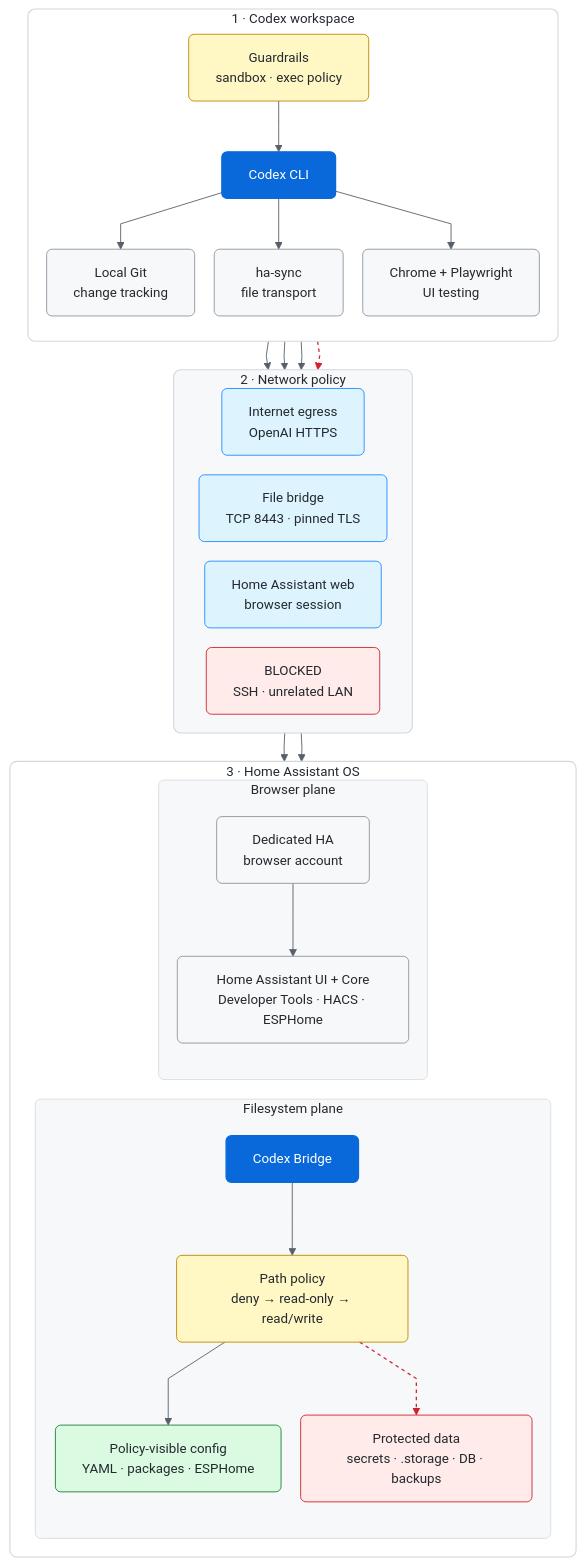
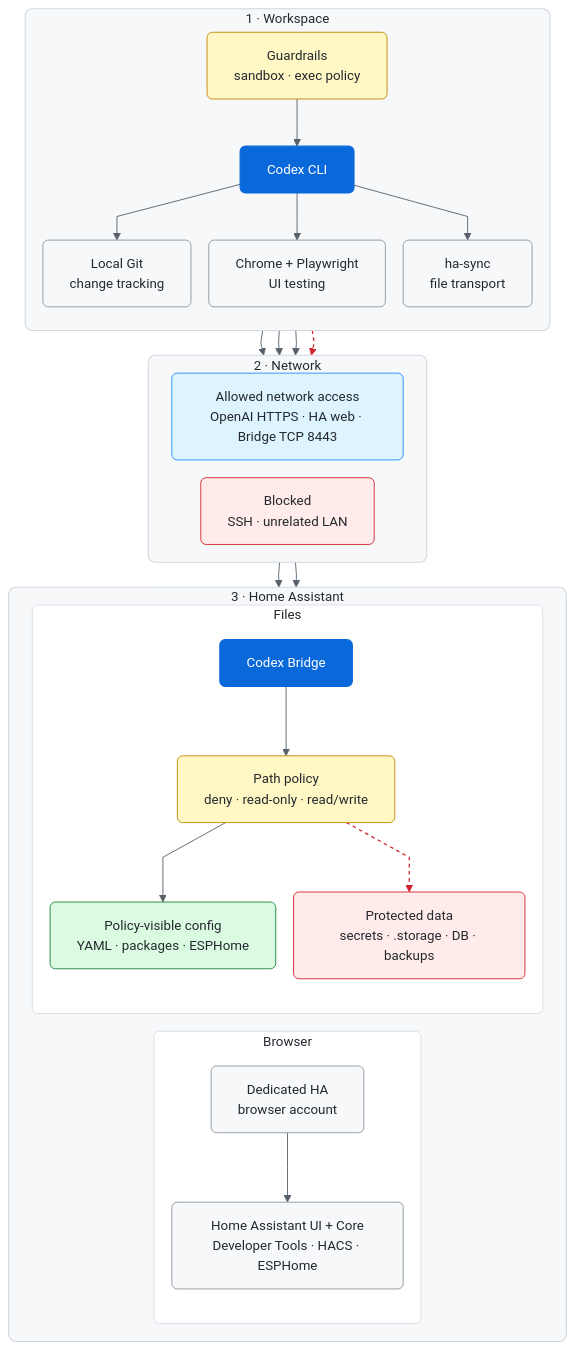
One commit to DreamMakers2/home-assistant-codex-bridge changed the diagram in README.md. Above: the diagram before and after it, drawn with Mermaid.

Commit message:
Refine Mermaid architecture layout

````diff
--- a/README.md
+++ b/README.md
@@ -39,75 +39,75 @@
 ```mermaid
-%%{init: {"theme":"base","flowchart":{"curve":"linear","htmlLabels":true,"nodeSpacing":22,"rankSpacing":32,"diagramPadding":10},"themeVariables":{"fontFamily":"-apple-system, BlinkMacSystemFont, Segoe UI, Helvetica, Arial, sans-serif","fontSize":"15px","background":"#ffffff","primaryTextColor":"#24292f","secondaryTextColor":"#24292f","tertiaryTextColor":"#24292f","textColor":"#24292f","titleColor":"#24292f","lineColor":"#57606a","clusterBkg":"#ffffff","clusterBorder":"#d0d7de","edgeLabelBackground":"#ffffff"},"themeCSS":".cluster-label span{color:#24292f!important;font-weight:650!important}.cluster-label text{fill:#24292f!important;font-weight:650!important}"}}%%
+%%{init: {"theme":"base","flowchart":{"curve":"linear","htmlLabels":true,"nodeSpacing":20,"rankSpacing":28,"diagramPadding":12},"themeVariables":{"fontFamily":"-apple-system, BlinkMacSystemFont, Segoe UI, Helvetica, Arial, sans-serif","fontSize":"15px","background":"#ffffff","primaryTextColor":"#24292f","secondaryTextColor":"#24292f","tertiaryTextColor":"#24292f","textColor":"#24292f","titleColor":"#24292f","lineColor":"#57606a","clusterBkg":"#f6f8fa","clusterBorder":"#d0d7de","edgeLabelBackground":"#ffffff"},"themeCSS":".cluster-label span{color:#24292f!important;font-weight:700!important}.cluster-label text{fill:#24292f!important;font-weight:700!important}"}}%%
 flowchart TB
-    subgraph VM["1 · Codex workspace"]
+    subgraph VM["1 · Workspace"]
         direction TB
         Guard["Guardrails<br/>sandbox · exec policy"]
         Codex["Codex CLI"]
         Git["Local Git<br/>change tracking"]
+        Browser["Chrome + Playwright<br/>UI testing"]
         Sync["ha-sync<br/>file transport"]
-        Browser["Chrome + Playwright<br/>UI testing"]
 
         Guard --> Codex
         Codex --> Git
+        Codex --> Browser
         Codex --> Sync
-        Codex --> Browser
     end
 
-    subgraph NET["2 · Network policy"]
+    subgraph NET["2 · Network"]
         direction LR
-        Egress["Internet egress<br/>OpenAI HTTPS"]
-        BridgePath["File bridge<br/>TCP 8443 · pinned TLS"]
-        UiPath["Home Assistant web<br/>browser session"]
-        DenyNet["BLOCKED<br/>SSH · unrelated LAN"]
+        AllowedNet["Allowed network access<br/>OpenAI HTTPS · HA web · Bridge TCP 8443"]
+        Blocked["Blocked<br/>SSH · unrelated LAN"]
     end
 
-    subgraph HA["3 · Home Assistant OS"]
+    subgraph HA["3 · Home Assistant"]
         direction LR
 
-        subgraph FS["Filesystem plane"]
+        subgraph UI["Browser"]
+            direction TB
+            Account["Dedicated HA<br/>browser account"]
+            Services["Home Assistant UI + Core<br/>Developer Tools · HACS · ESPHome"]
+            Account --> Services
+        end
+
+        subgraph FS["Files"]
             direction TB
             Bridge["Codex Bridge"]
-            Policy["Path policy<br/>deny → read-only → read/write"]
+            Policy["Path policy<br/>deny · read-only · read/write"]
             Approved["Policy-visible config<br/>YAML · packages · ESPHome"]
             Protected["Protected data<br/>secrets · .storage · DB · backups"]
 
             Bridge --> Policy
             Policy --> Approved
             Policy -.-> Protected
         end
-
-        subgraph UI["Browser plane"]
-            direction TB
-            Account["Dedicated HA<br/>browser account"]
-            Services["Home Assistant UI + Core<br/>Developer Tools · HACS · ESPHome"]
-            Account --> Services
-        end
     end
 
-    Codex --> Egress
-    Sync --> BridgePath --> Bridge
-    Browser --> UiPath --> Account
-    Codex -.-> DenyNet
+    Codex --> AllowedNet
+    Browser --> AllowedNet
+    Sync --> AllowedNet
+    AllowedNet --> Account
+    AllowedNet --> Bridge
+    Codex -.-> Blocked
 
     classDef primary fill:#0969da,stroke:#0969da,color:#ffffff,stroke-width:1.4px,rx:6px,ry:6px;
     classDef neutral fill:#f6f8fa,stroke:#8c959f,color:#24292f,stroke-width:1px,rx:6px,ry:6px;
     classDef control fill:#fff8c5,stroke:#bf8700,color:#24292f,stroke-width:1px,rx:6px,ry:6px;
     classDef allow fill:#dafbe1,stroke:#1a7f37,color:#24292f,stroke-width:1px,rx:6px,ry:6px;
     classDef deny fill:#ffebe9,stroke:#cf222e,color:#24292f,stroke-width:1px,rx:6px,ry:6px;
     classDef network fill:#ddf4ff,stroke:#218bff,color:#24292f,stroke-width:1px,rx:6px,ry:6px;
 
     class Codex,Bridge primary;
-    class Git,Sync,Browser,Account,Services neutral;
+    class Git,Browser,Sync,Account,Services neutral;
     class Guard,Policy control;
     class Approved allow;
-    class Protected,DenyNet deny;
-    class Egress,BridgePath,UiPath network;
+    class Protected,Blocked deny;
+    class AllowedNet network;
 
-    linkStyle 6,13 stroke:#cf222e,stroke-width:1.4px,stroke-dasharray:4 4;
+    linkStyle 7,13 stroke:#cf222e,stroke-width:1.4px,stroke-dasharray:4 4;
 
-    style VM fill:#ffffff,stroke:#d0d7de,stroke-width:1.2px,rx:8px,ry:8px
+    style VM fill:#f6f8fa,stroke:#d0d7de,stroke-width:1.2px,rx:8px,ry:8px
     style NET fill:#f6f8fa,stroke:#d0d7de,stroke-width:1.2px,rx:8px,ry:8px
-    style HA fill:#ffffff,stroke:#d0d7de,stroke-width:1.2px,rx:8px,ry:8px
-    style FS fill:#f6f8fa,stroke:#d8dee4,stroke-width:1px,rx:6px,ry:6px
-    style UI fill:#f6f8fa,stroke:#d8dee4,stroke-width:1px,rx:6px,ry:6px
+    style HA fill:#f6f8fa,stroke:#d0d7de,stroke-width:1.2px,rx:8px,ry:8px
+    style FS fill:#ffffff,stroke:#d8dee4,stroke-width:1px,rx:6px,ry:6px
+    style UI fill:#ffffff,stroke:#d8dee4,stroke-width:1px,rx:6px,ry:6px
 ```
````
